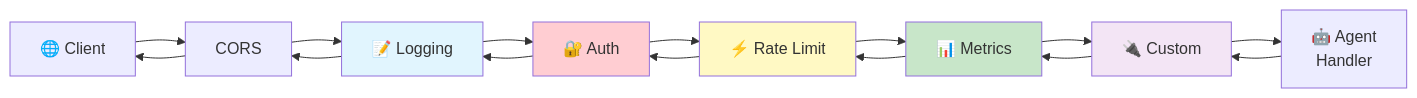
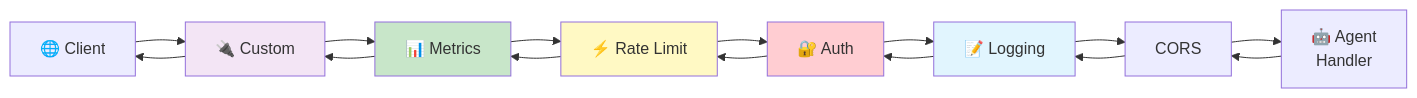
Before and after one commit to UnicoLab/agentomatic: the diagram in docs/guide/middleware.md, drawn with Mermaid. The commit also changed other lines of this file and 19 other files, not shown here.

````diff
--- a/docs/guide/middleware.md
+++ b/docs/guide/middleware.md
@@ -18,23 +18,23 @@
 ```mermaid
 flowchart LR
-    Client["🌐 Client"] --> CORS["CORS"]
-    CORS --> Logging["📝 Logging"]
-    Logging --> Auth["🔐 Auth"]
-    Auth --> RateLimit["⚡ Rate Limit"]
-    RateLimit --> Metrics["📊 Metrics"]
-    Metrics --> Custom["🔌 Custom"]
-    Custom --> Handler["🤖 Agent<br/>Handler"]
-    Handler --> Custom
-    Custom --> Metrics
-    Metrics --> RateLimit
-    RateLimit --> Auth
-    Auth --> Logging
-    Logging --> CORS
-    CORS --> Client
+    Client["🌐 Client"] --> Custom["🔌 Custom"]
+    Custom --> Metrics["📊 Metrics"]
+    Metrics --> RateLimit["⚡ Rate Limit"]
+    RateLimit --> Auth["🔐 Auth"]
+    Auth --> Logging["📝 Logging"]
+    Logging --> CORS["CORS"]
+    CORS --> Handler["🤖 Agent<br/>Handler"]
+    Handler --> CORS
+    CORS --> Logging
+    Logging --> Auth
+    Auth --> RateLimit
+    RateLimit --> Metrics
+    Metrics --> Custom
+    Custom --> Client
 
     style Auth fill:#ffcdd2
     style RateLimit fill:#fff9c4
     style Metrics fill:#c8e6c9
     style Logging fill:#e1f5fe
     style Custom fill:#f3e5f5
 ```
````
